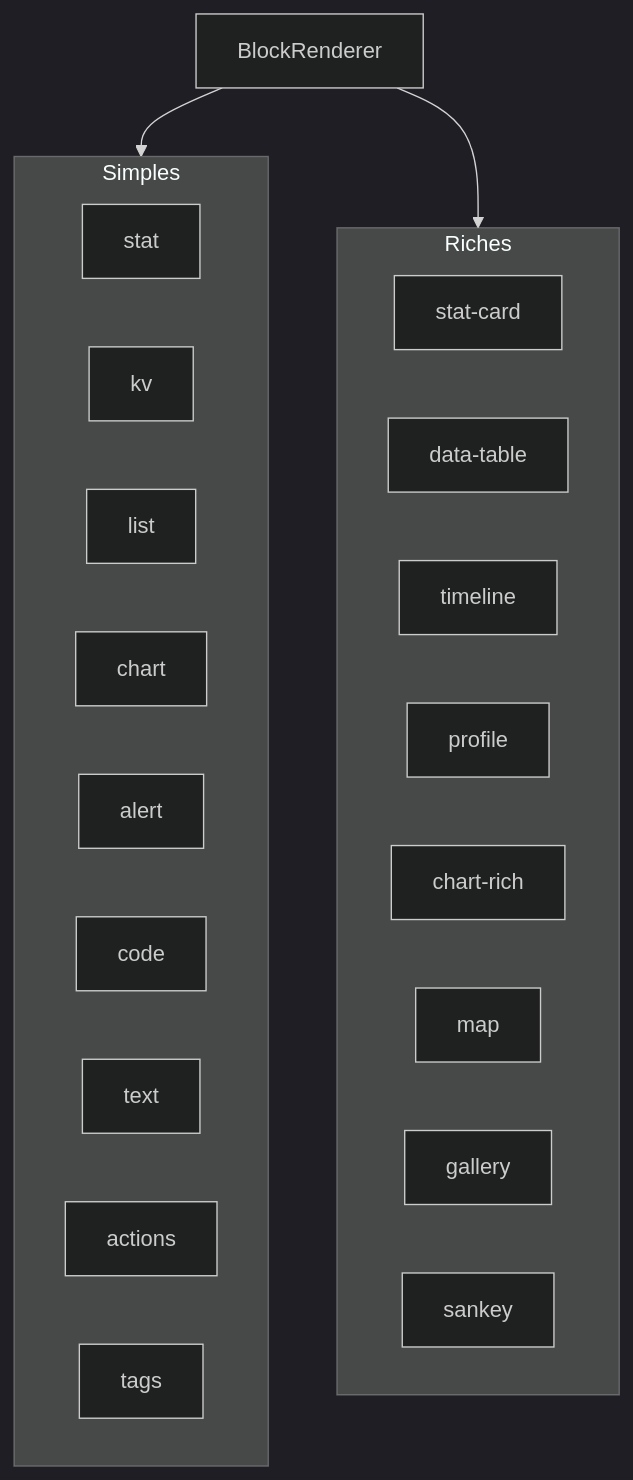
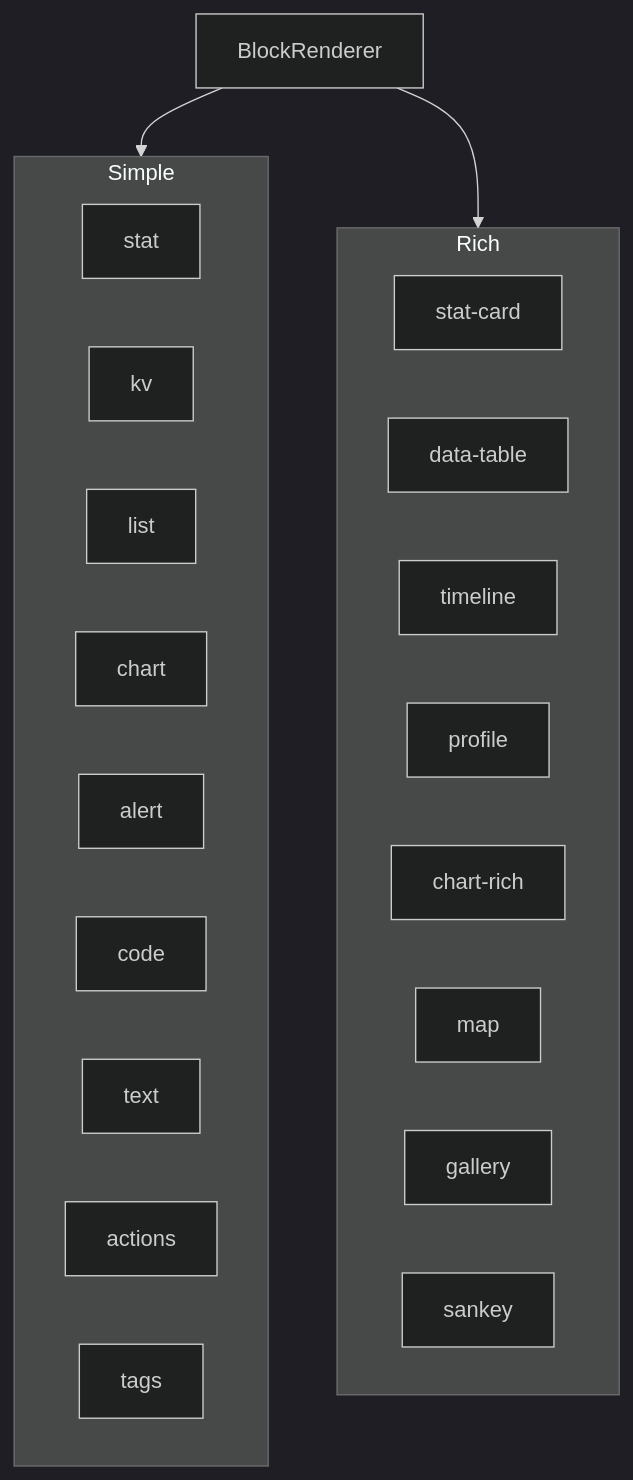
The first of 2 diagrams in docs/starlight/src/content/docs/tutorials/use-existing-widgets.mdx (jeanbaptiste/webmcp-auto-ui), drawn with Mermaid (dark theme) before and after one commit. The commit also changed other lines of this file and 94 other files, not shown here.

````diff
--- a/docs/starlight/src/content/docs/tutorials/use-existing-widgets.mdx
+++ b/docs/starlight/src/content/docs/tutorials/use-existing-widgets.mdx
@@ -67,28 +63,28 @@
 ```mermaid
 graph TD
-    subgraph Simples
+    subgraph Simple
         stat[stat]
         kv[kv]
         list[list]
         chart[chart]
         alert[alert]
         code[code]
         text[text]
         actions[actions]
         tags[tags]
     end
 
-    subgraph Riches
+    subgraph Rich
         statcard[stat-card]
         datatable[data-table]
         timeline[timeline]
         profile[profile]
         chartrich[chart-rich]
         map[map]
         gallery[gallery]
         sankey[sankey]
     end
 
-    BlockRenderer --> Simples
-    BlockRenderer --> Riches
+    BlockRenderer --> Simple
+    BlockRenderer --> Rich
 ```
````
